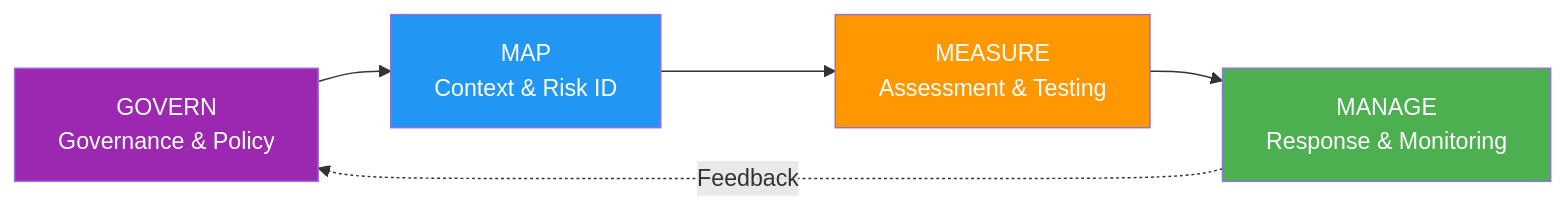
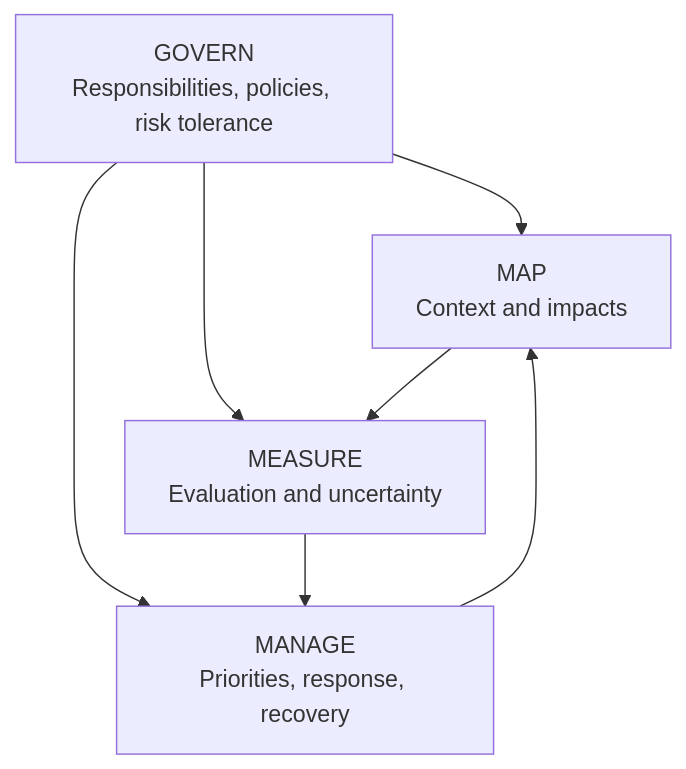
One commit to devfloor9/engineering-playbook changed the diagram in i18n/en/docusaurus-plugin-content-docs/current/aidlc/enterprise/regulatory-compliance/frameworks/nist-ai-rmf.md. Above: the diagram before and after it, drawn with Mermaid. The commit also changed other lines of this file and 5 other files, not shown here.

````diff
--- a/i18n/en/docusaurus-plugin-content-docs/current/aidlc/enterprise/regulatory-compliance/frameworks/nist-ai-rmf.md
+++ b/i18n/en/docusaurus-plugin-content-docs/current/aidlc/enterprise/regulatory-compliance/frameworks/nist-ai-rmf.md
@@ -35,17 +30,13 @@
 ```mermaid
-graph LR
-    GOV[GOVERN<br/>Governance & Policy]
-    MAP[MAP<br/>Context & Risk ID]
-    MEASURE[MEASURE<br/>Assessment & Testing]
-    MANAGE[MANAGE<br/>Response & Monitoring]
-
+flowchart TB
+    accTitle: The four NIST AI RMF functions
+    accDescr: GOVERN supports MAP, MEASURE, and MANAGE as they repeat context identification, measurement, and risk response.
+    GOV["GOVERN<br/>Responsibilities, policies, risk tolerance"]
+    MAP["MAP<br/>Context and impacts"]
+    MEASURE["MEASURE<br/>Evaluation and uncertainty"]
+    MANAGE["MANAGE<br/>Priorities, response, recovery"]
     GOV --> MAP
-    MAP --> MEASURE
-    MEASURE --> MANAGE
-    MANAGE -.Feedback.-> GOV
-
-    style GOV fill:#9c27b0,color:#fff
-    style MAP fill:#2196f3,color:#fff
-    style MEASURE fill:#ff9800,color:#fff
-    style MANAGE fill:#4caf50,color:#fff
+    GOV --> MEASURE
+    GOV --> MANAGE
+    MAP --> MEASURE --> MANAGE --> MAP
 ```
````
